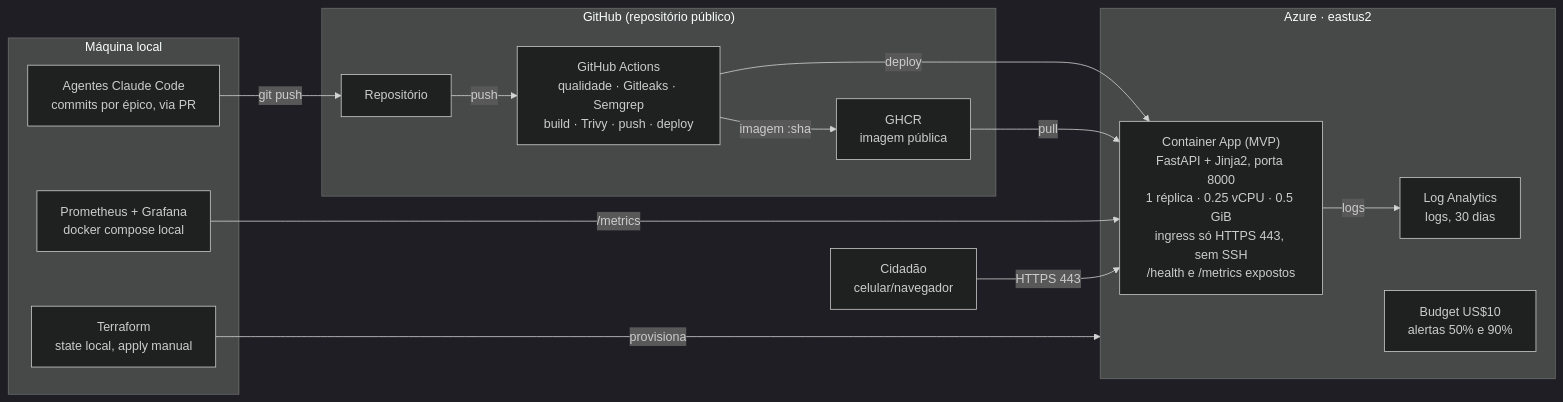
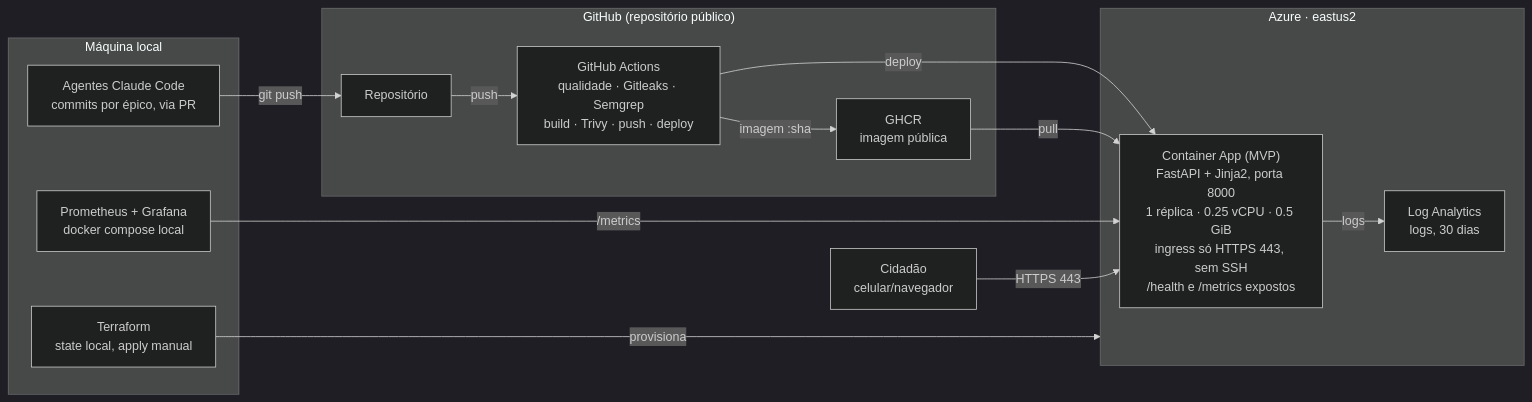
One commit to JoaoLucasYudi/akona-energy-devops changed the first of 2 diagrams in docs/plano-devops.md. Above: the diagram before and after it, drawn with Mermaid (dark theme). The commit also changed other lines of this file and 3 other files, not shown here.

````diff
--- a/docs/plano-devops.md
+++ b/docs/plano-devops.md
@@ -53,25 +53,24 @@
 ```mermaid
 flowchart LR
   subgraph LOCAL["Máquina local"]
     AG["Agentes Claude Code<br/>commits por épico, via PR"]
     PG["Prometheus + Grafana<br/>docker compose local"]
     TF["Terraform<br/>state local, apply manual"]
   end
   subgraph GH["GitHub (repositório público)"]
     R["Repositório"] -->|push| GA["GitHub Actions<br/>qualidade · Gitleaks · Semgrep<br/>build · Trivy · push · deploy"]
     GA -->|imagem :sha| GHCR["GHCR<br/>imagem pública"]
   end
   subgraph AZ["Azure · eastus2"]
     CA["Container App (MVP)<br/>FastAPI + Jinja2, porta 8000<br/>1 réplica · 0.25 vCPU · 0.5 GiB<br/>ingress só HTTPS 443, sem SSH<br/>/health e /metrics expostos"]
     LA["Log Analytics<br/>logs, 30 dias"]
-    BU["Budget US$10<br/>alertas 50% e 90%"]
   end
   C["Cidadão<br/>celular/navegador"]
   AG -->|git push| R
   GA -->|deploy| CA
   GHCR -->|pull| CA
   CA -->|logs| LA
   TF -->|provisiona| AZ
   PG -->|/metrics| CA
   C -->|HTTPS 443| CA
 ```
````
